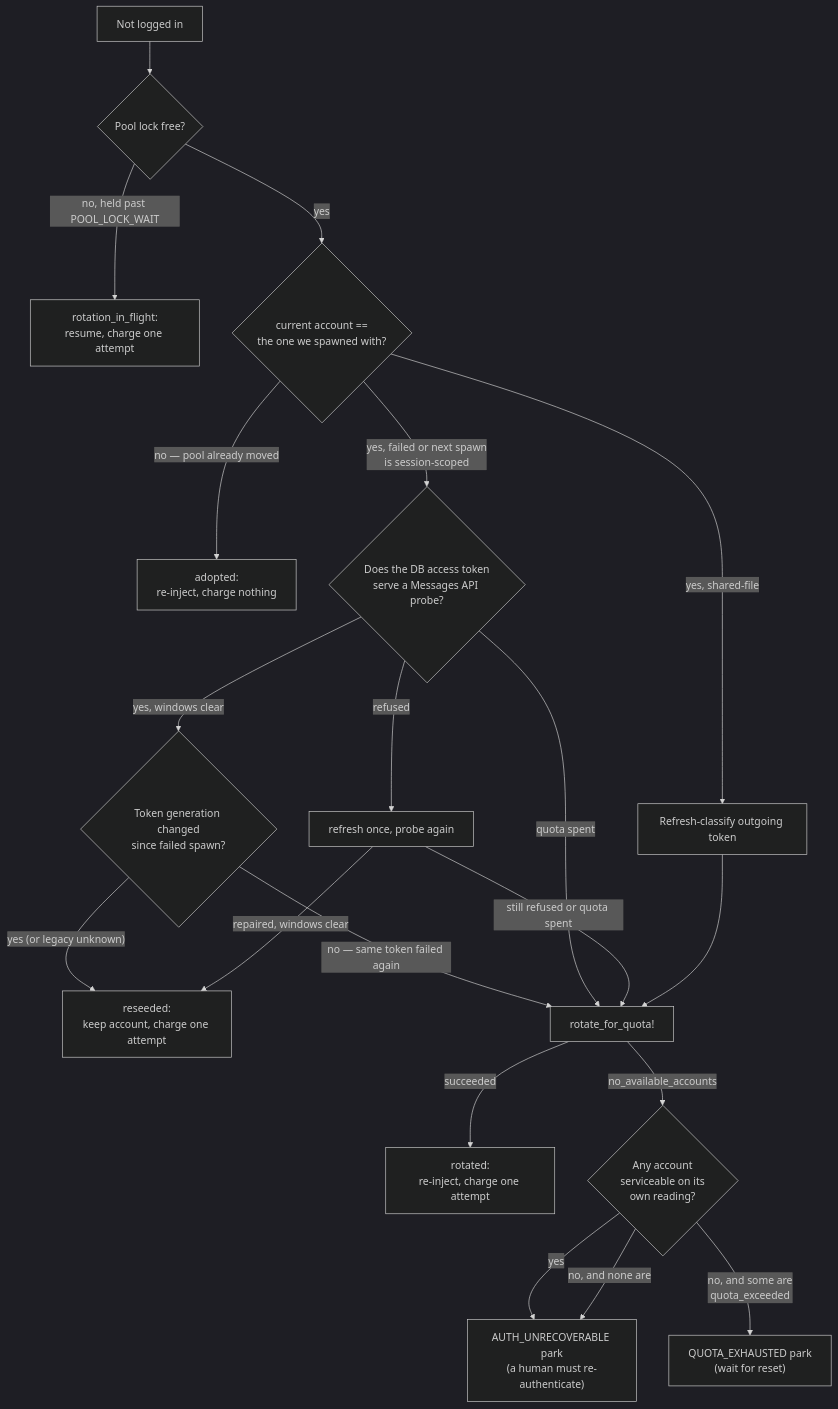
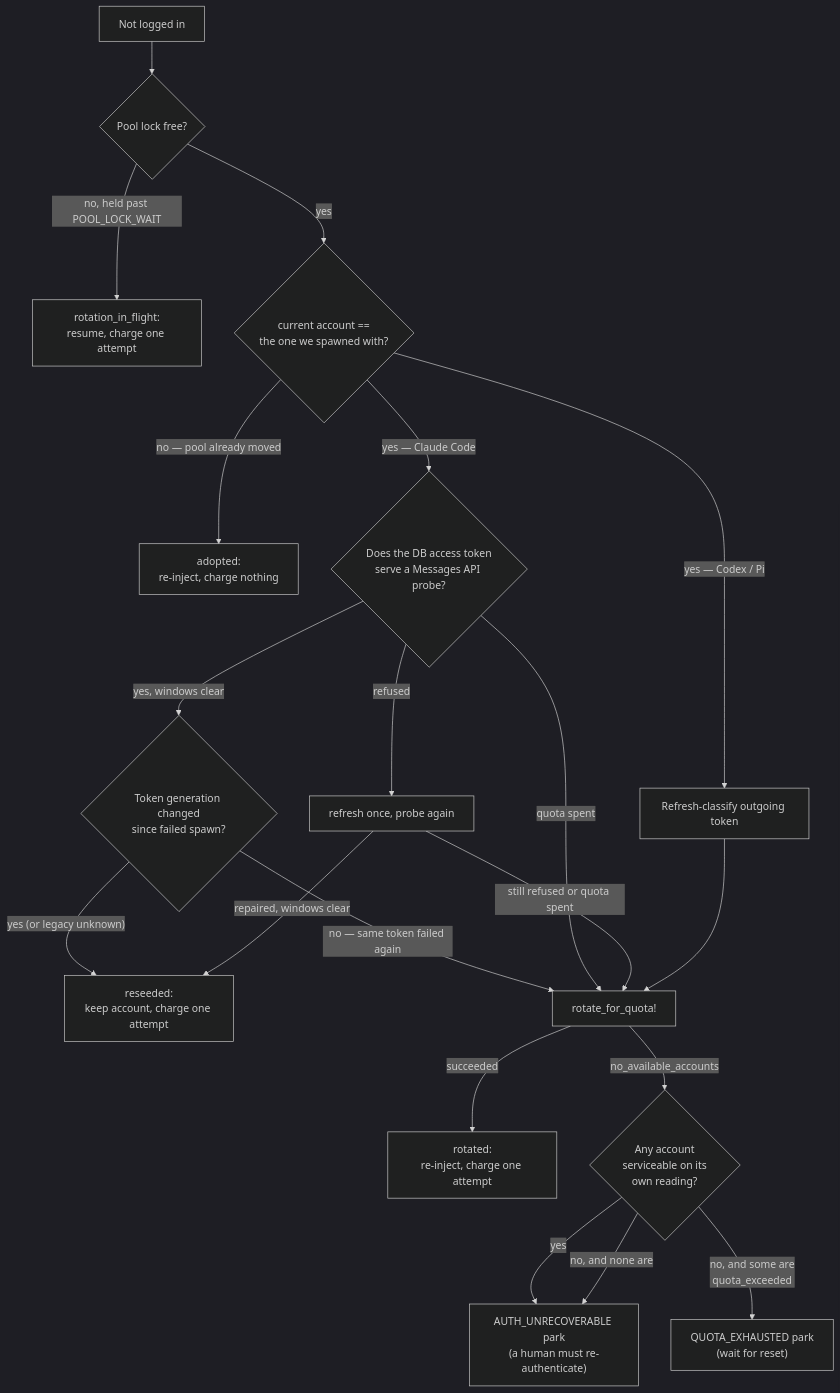
The fourth of 5 diagrams in docs/src/content/docs/auth/harness.md (tadasant/zimmer), drawn with Mermaid (dark theme) before and after one commit. The commit also changed other lines of this file and 55 other files, not shown here.

````diff
--- a/docs/src/content/docs/auth/harness.md
+++ b/docs/src/content/docs/auth/harness.md
@@ -1094,22 +972,22 @@
 ```mermaid
 flowchart TD
     A["Not logged in"] --> L{"Pool lock free?"}
     L -- "no, held past POOL_LOCK_WAIT" --> F["rotation_in_flight:<br/>resume, charge one attempt"]
     L -- yes --> B{"current account ==<br/>the one we spawned with?"}
     B -- "no — pool already moved" --> C["adopted:<br/>re-inject, charge nothing"]
-    B -- "yes, failed or next spawn<br/>is session-scoped" --> P{"Does the DB access token<br/>serve a Messages API probe?"}
+    B -- "yes — Claude Code" --> P{"Does the DB access token<br/>serve a Messages API probe?"}
     P -- "yes, windows clear" --> V{"Token generation changed<br/>since failed spawn?"}
     V -- "yes (or legacy unknown)" --> R["reseeded:<br/>keep account, charge one attempt"]
     V -- "no — same token failed again" --> D
     P -- "refused" --> T["refresh once, probe again"]
     T -- "repaired, windows clear" --> R
     P -- "quota spent" --> D
     T -- "still refused or quota spent" --> D["rotate_for_quota!"]
-    B -- "yes, shared-file" --> S["Refresh-classify outgoing token"]
+    B -- "yes — Codex / Pi" --> S["Refresh-classify outgoing token"]
     S --> D
     D -- succeeded --> E["rotated:<br/>re-inject, charge one attempt"]
     D -- "no_available_accounts" --> G{"Any account<br/>serviceable on its<br/>own reading?"}
     G -- yes --> I["AUTH_UNRECOVERABLE park<br/>(a human must re-authenticate)"]
     G -- "no, and some are<br/>quota_exceeded" --> H["QUOTA_EXHAUSTED park<br/>(wait for reset)"]
     G -- "no, and none are" --> I
 ```
````
